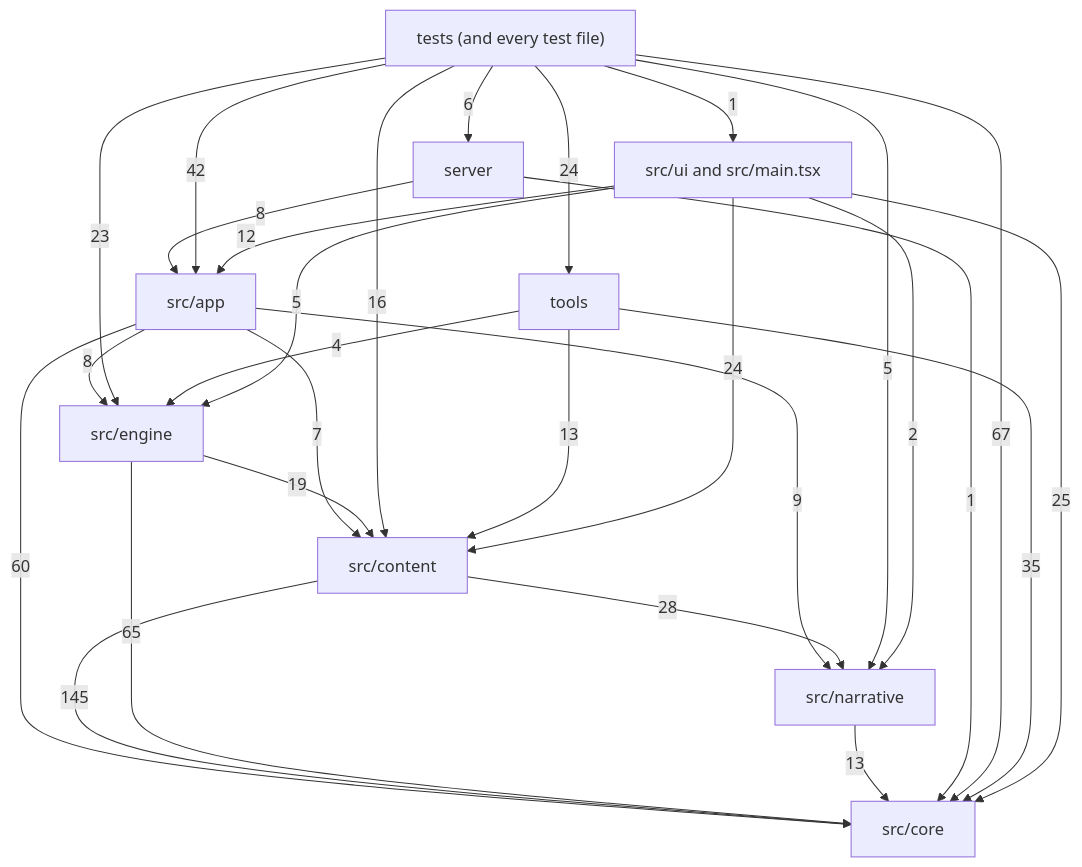
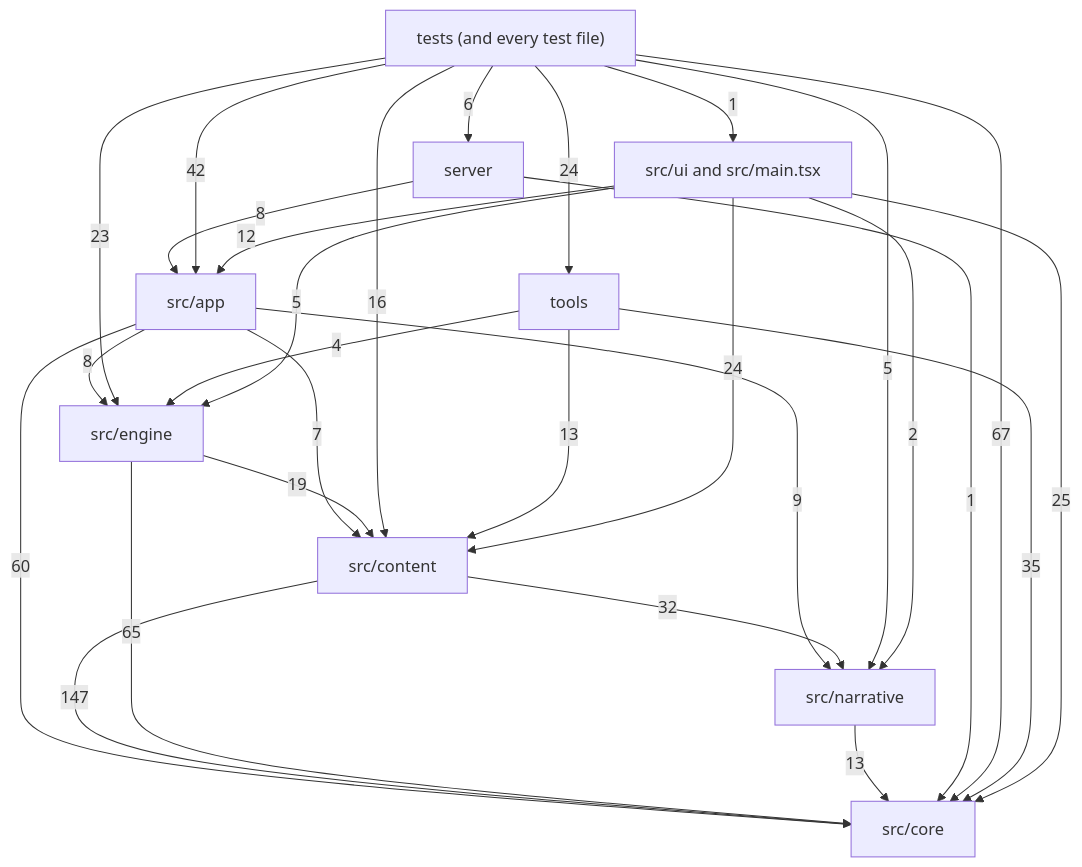
The diagram in docs/reference/code-map/README.md (OrangeB0lt/Cyber-funk), drawn with Mermaid before and after one commit. The commit also changed other lines of this file and 25 other files, not shown here.

````diff
--- a/docs/reference/code-map/README.md
+++ b/docs/reference/code-map/README.md
@@ -29,39 +29,39 @@
 ```mermaid
 flowchart TD
   core["src/core"]
   narrative["src/narrative"]
   content["src/content"]
   engine["src/engine"]
   app["src/app"]
   ui["src/ui and src/main.tsx"]
   server["server"]
   tools["tools"]
   tests["tests (and every test file)"]
   app -->|7| content
   app -->|60| core
   app -->|8| engine
   app -->|9| narrative
-  content -->|145| core
-  content -->|28| narrative
+  content -->|147| core
+  content -->|32| narrative
   engine -->|19| content
   engine -->|65| core
   narrative -->|13| core
   server -->|8| app
   server -->|1| core
   tests -->|42| app
   tests -->|16| content
   tests -->|67| core
   tests -->|23| engine
   tests -->|5| narrative
   tests -->|6| server
   tests -->|24| tools
   tests -->|1| ui
   tools -->|13| content
   tools -->|35| core
   tools -->|4| engine
   ui -->|12| app
   ui -->|24| content
   ui -->|25| core
   ui -->|5| engine
   ui -->|2| narrative
 ```
````
